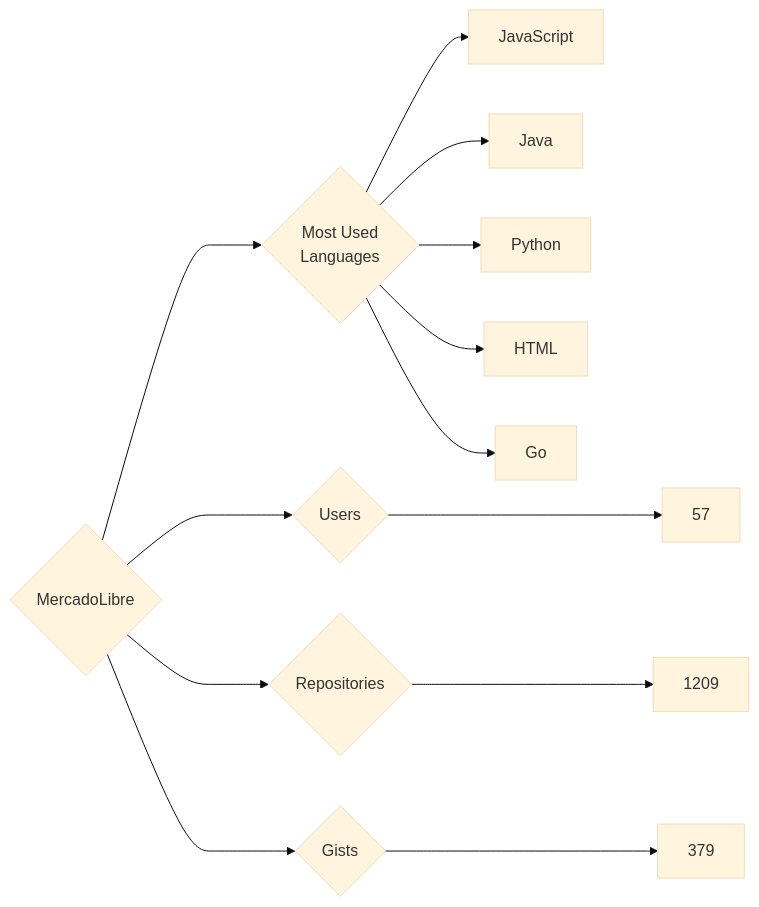
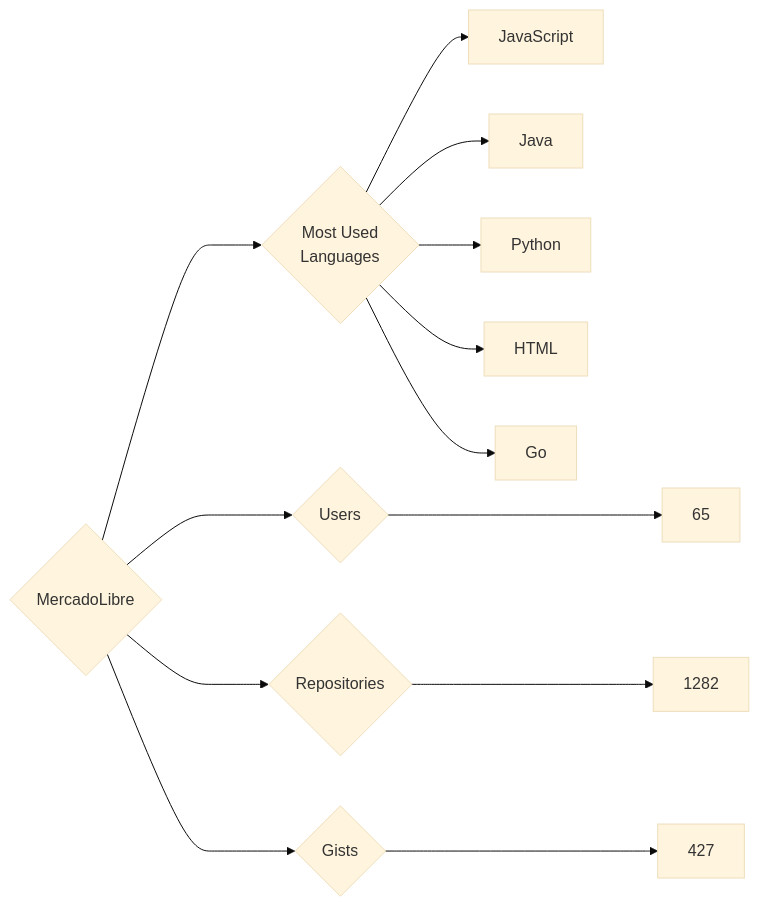
The diagram in targets/MercadoLibre/README.md (trickest/insiders), drawn with Mermaid (base theme) before and after one commit. The commit also changed 877 other files, not shown here.

````diff
--- a/targets/MercadoLibre/README.md
+++ b/targets/MercadoLibre/README.md
@@ -3,13 +3,13 @@
 ```mermaid
 graph LR
 COMPANY_NAME{MercadoLibre}
-COMPANY_NAME ---> U{Users} ---> UN[57]
-COMPANY_NAME ---> R{Repositories} ---> RN[1209]
-COMPANY_NAME ---> G{Gists} ---> GN[379]
+COMPANY_NAME ---> U{Users} ---> UN[65]
+COMPANY_NAME ---> R{Repositories} ---> RN[1282]
+COMPANY_NAME ---> G{Gists} ---> GN[427]
 COMPANY_NAME ---> ML{Most Used<br>Languages}
 ML --> JavaScript[JavaScript]
 ML --> Java[Java]
 ML --> Python[Python]
 ML --> HTML[HTML]
 ML --> Go[Go]
 ```
````
